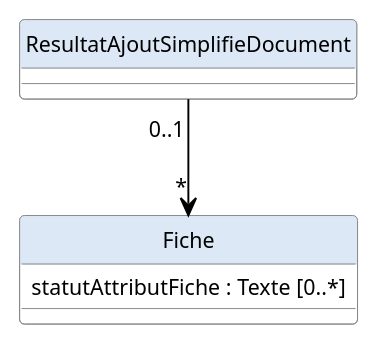
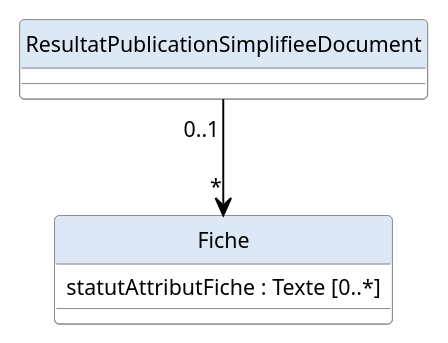
The diagram in input/images-source/fig_19.plantuml (ansforge/IG-fhir-partage-de-documents-de-sante), drawn with PlantUML before and after one commit. The commit also changed 12 other files, not shown here.

```diff
--- a/input/images-source/fig_19.plantuml
+++ b/input/images-source/fig_19.plantuml
@@ -1,23 +1,23 @@
 @startuml
 hide circle
 skinparam backgroundColor white
 skinparam DefaultFontName Arial
 skinparam DefaultFontSize 11
 
 skinparam class {
   BackgroundColor white
   BorderColor #888888
   HeaderBackgroundColor #dce8f5
   ArrowColor #000000
   FontColor #000000
   FontSize 11
 }
 
-class ResultatAjoutSimplifieDocument
+class ResultatPublicationSimplifieeDocument
 
 class Fiche {
   statutAttributFiche : Texte [0..*]
 }
 
-ResultatAjoutSimplifieDocument "0..1" --> "*" Fiche
+ResultatPublicationSimplifieeDocument "0..1" --> "*" Fiche
 @enduml
```
